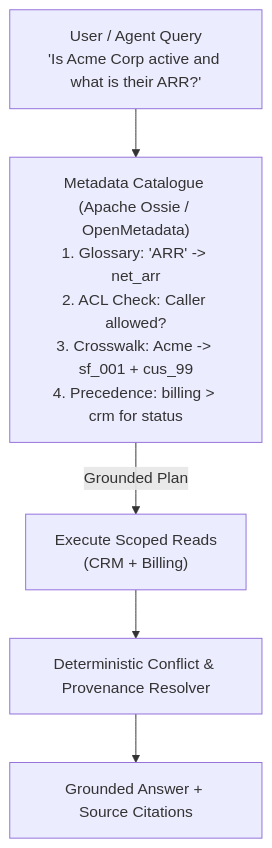
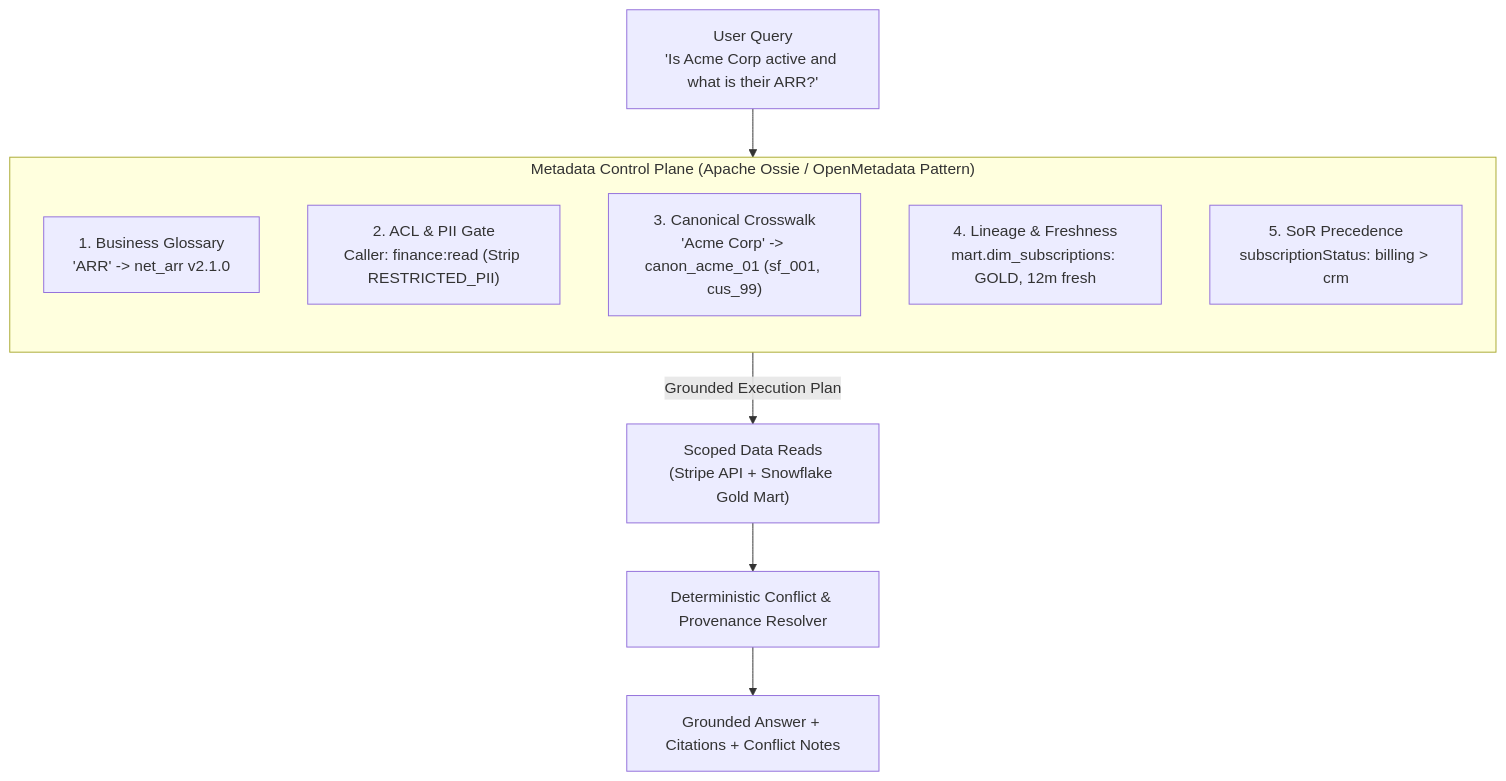
The first of 2 diagrams in Lecture 24 - Enterprise Data Discovery and Apache Ossie/notes/07_Apache_Ossie_and_Metadata_Aware_AI.md (Amie-dev/FDE-and-GenAI-Mastery), drawn with Mermaid before and after one commit. The commit also changed other lines of this file and 92 other files, not shown here.

````diff
--- a/Lecture 24 - Enterprise Data Discovery and Apache Ossie/notes/07_Apache_Ossie_and_Metadata_Aware_AI.md
+++ b/Lecture 24 - Enterprise Data Discovery and Apache Ossie/notes/07_Apache_Ossie_and_Metadata_Aware_AI.md
@@ -23,7 +28,17 @@
 ```mermaid
 flowchart TD
-    User["User / Agent Query<br/>'Is Acme Corp active and what is their ARR?'"] --> Meta["Metadata Catalogue (Apache Ossie / OpenMetadata)<br/>1. Glossary: 'ARR' -> net_arr<br/>2. ACL Check: Caller allowed?<br/>3. Crosswalk: Acme -> sf_001 + cus_99<br/>4. Precedence: billing > crm for status"]
-    Meta -->|"Grounded Plan"| Exec["Execute Scoped Reads<br/>(CRM + Billing)"]
+    User["User Query<br/>'Is Acme Corp active and what is their ARR?'"] --> Ctrl
+
+    subgraph Ctrl["Metadata Control Plane (Apache Ossie / OpenMetadata Pattern)"]
+        direction TB
+        G["1. Business Glossary<br/>'ARR' -> net_arr v2.1.0"]
+        A["2. ACL & PII Gate<br/>Caller: finance:read (Strip RESTRICTED_PII)"]
+        X["3. Canonical Crosswalk<br/>'Acme Corp' -> canon_acme_01 (sf_001, cus_99)"]
+        L["4. Lineage & Freshness<br/>mart.dim_subscriptions: GOLD, 12m fresh"]
+        P["5. SoR Precedence<br/>subscriptionStatus: billing > crm"]
+    end
+
+    Ctrl -->|"Grounded Execution Plan"| Exec["Scoped Data Reads<br/>(Stripe API + Snowflake Gold Mart)"]
     Exec --> Resolve["Deterministic Conflict & Provenance Resolver"]
-    Resolve --> Answer["Grounded Answer + Source Citations"]
+    Resolve --> Answer["Grounded Answer + Citations + Conflict Notes"]
 ```
````
